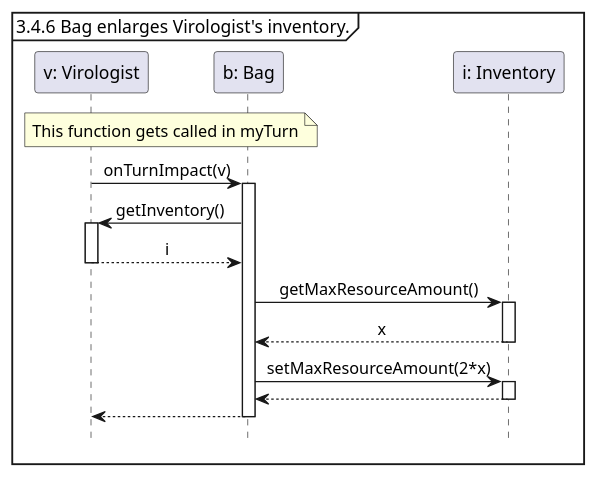
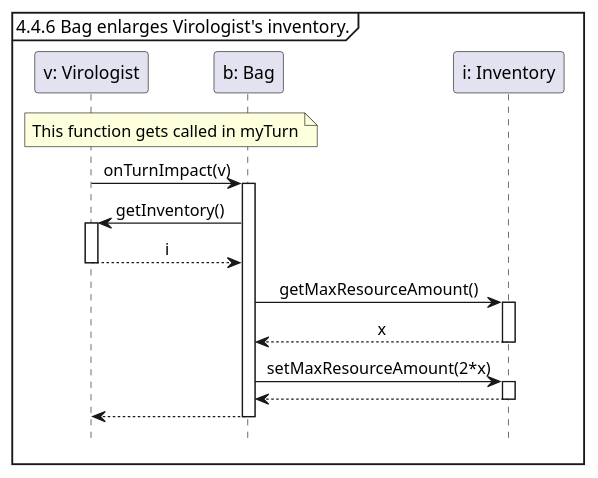
One commit to Tschonti/503-service-unavailable changed the diagram in docs/seqDiagrams/05bagOnTurnImpact.puml. Above: the diagram before and after it, drawn with PlantUML. The commit also changed 17 other files, not shown here.

```diff
--- a/docs/seqDiagrams/05bagOnTurnImpact.puml
+++ b/docs/seqDiagrams/05bagOnTurnImpact.puml
@@ -1,21 +1,21 @@
 @startuml
 'https://plantuml.com/sequence-diagram
 hide footbox
 skinparam sequenceMessageAlign center
 
-mainframe 3.4.6 Bag enlarges Virologist's inventory.
+mainframe 4.4.6 Bag enlarges Virologist's inventory.
 
 participant "v: Virologist" as v
 participant "b: Bag" as b
 participant "i: Inventory" as i
 
 note over v, b : This function gets called in myTurn
 v -> b ++ : onTurnImpact(v)
     b -> v ++ : getInventory()
     return i
     b -> i ++ : getMaxResourceAmount()
     return x
     b -> i ++ : setMaxResourceAmount(2*x)
     return
 return
 @enduml
```
